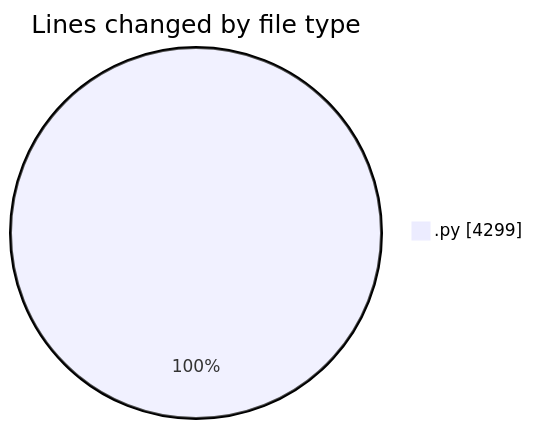
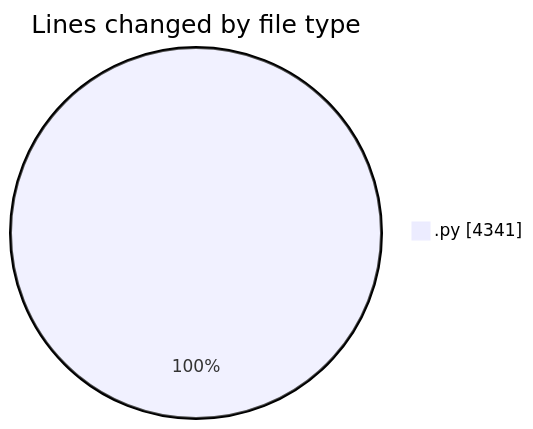
The first of 2 diagrams in 2025-04-18/myws__workspace_/README.md (MatusMokan/code-tracking), drawn with Mermaid before and after one commit. The commit also changed other lines of this file and 1 other file, not shown here.

````diff
--- a/2025-04-18/myws__workspace_/README.md
+++ b/2025-04-18/myws__workspace_/README.md
@@ -21,5 +21,5 @@
 ```mermaid
 pie showData
 title Lines changed by file type
-".py" : 4299
+".py" : 4341
 ```
````
